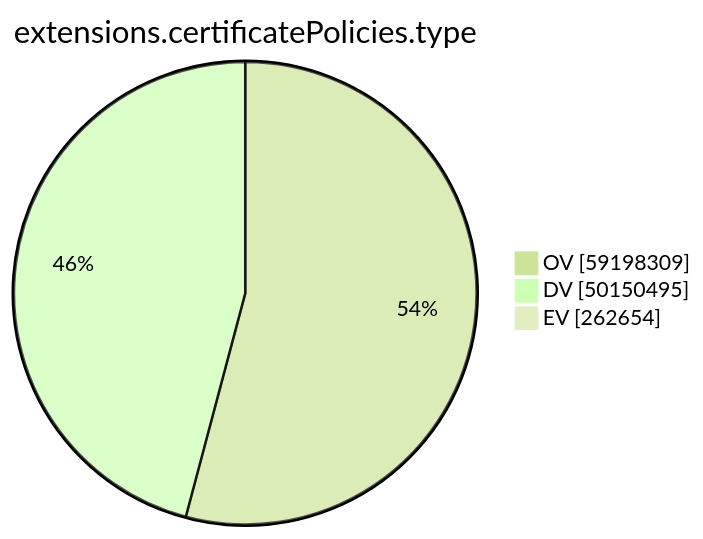
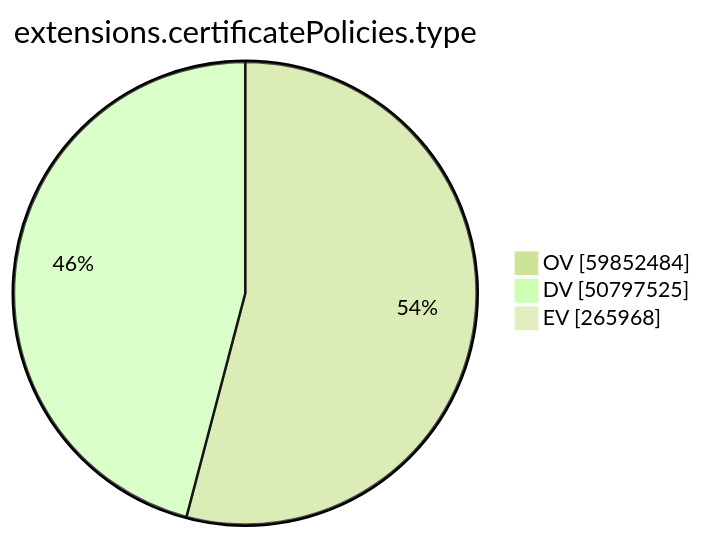
One commit to christiankrug/ctmonitor_visualization changed the ninth of 15 diagrams in xenon2023/README.md. Above: the diagram before and after it, drawn with Mermaid (forest theme). The commit also changed other lines of this file, not shown here.

````diff
--- a/xenon2023/README.md
+++ b/xenon2023/README.md
@@ -2138,7 +2142,7 @@
 ```mermaid
 pie showData
 title extensions.certificatePolicies.type
-"OV" :59198309
-"DV" :50150495
-"EV" :262654
+"OV" :59852484
+"DV" :50797525
+"EV" :265968
 ```
````
